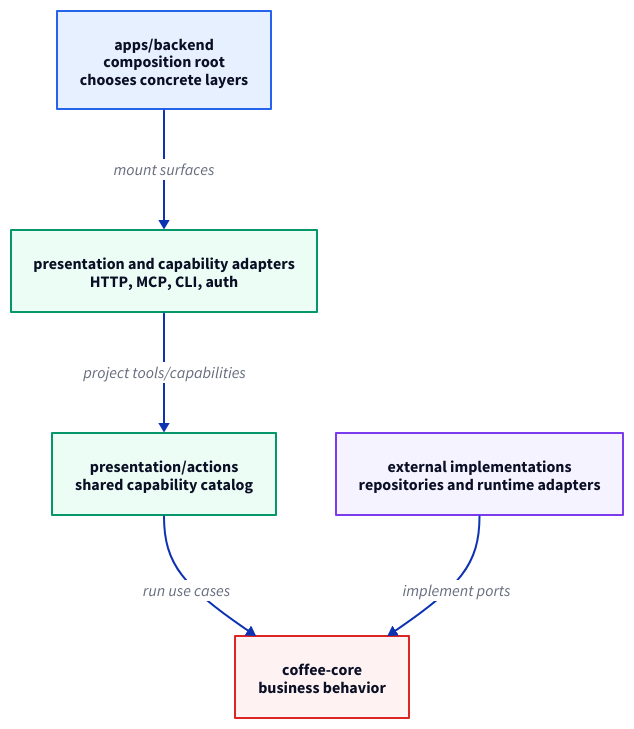
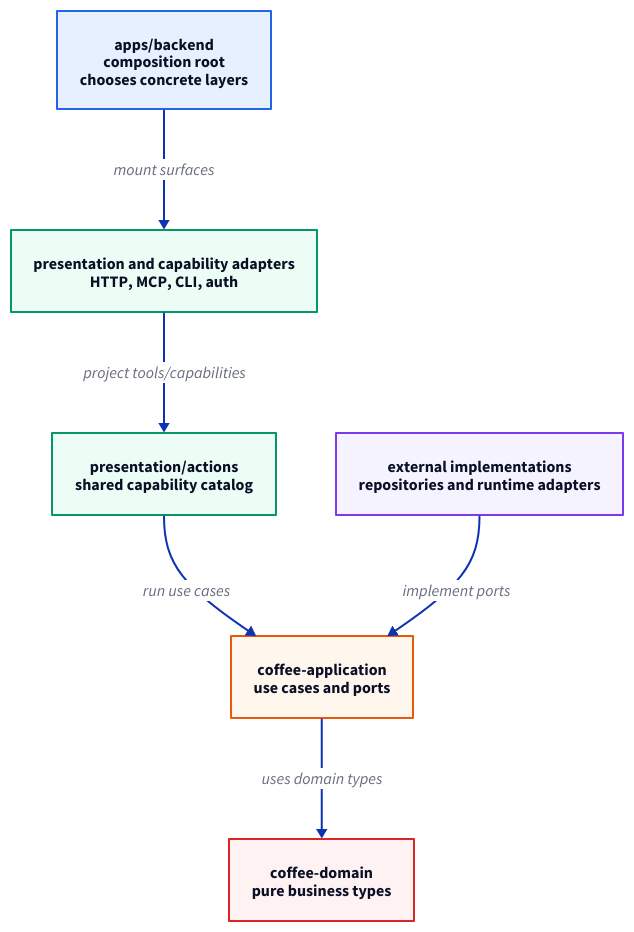
Before and after one commit to kevinmichaelchen/effect-coffee-shop: the diagram in docs/architecture/package-layers.d2, drawn with D2. The commit also changed 256 other files, not shown here.

First line of the commit message:
refactor(workspaces): split coffee core and extract UI kit (#98)

```diff
--- a/docs/architecture/package-layers.d2
+++ b/docs/architecture/package-layers.d2
@@ -1,49 +1,54 @@
 direction: down
 
 classes: {
   app: {
     style.fill: "#E7F0FF"
     style.stroke: "#2563EB"
   }
   presentation: {
     style.fill: "#ECFDF5"
     style.stroke: "#059669"
   }
   application: {
     style.fill: "#FFF7ED"
     style.stroke: "#EA580C"
   }
   domain: {
     style.fill: "#FEF2F2"
     style.stroke: "#DC2626"
   }
   external: {
     style.fill: "#F5F3FF"
     style.stroke: "#7C3AED"
   }
 }
 
 app: "apps/backend\ncomposition root\nchooses concrete layers" {
   class: app
 }
 
 presentation: "presentation and capability adapters\nHTTP, MCP, CLI, auth" {
   class: presentation
 }
 
 actions: "presentation/actions\nshared capability catalog" {
   class: presentation
 }
 
-core: "coffee-core\nbusiness behavior" {
+core: "coffee-application\nuse cases and ports" {
+  class: application
+}
+
+domain: "coffee-domain\npure business types" {
   class: domain
 }
 
 external: "external implementations\nrepositories and runtime adapters" {
   class: external
 }
 
 app -> presentation: "mount surfaces"
 presentation -> actions: "project tools/capabilities"
 actions -> core: "run use cases"
 external -> core: "implement ports"
+core -> domain: "uses domain types"
```
